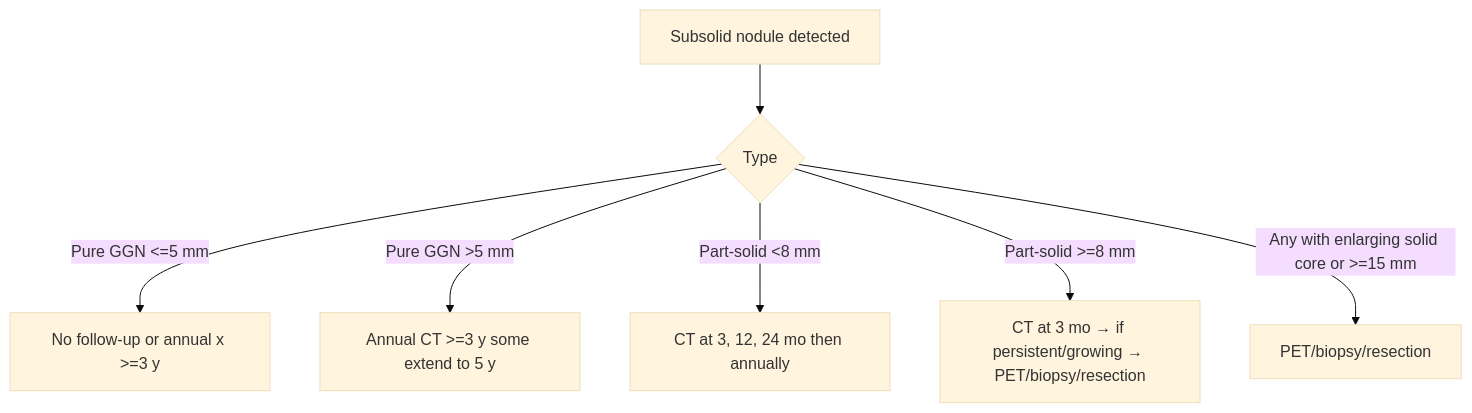
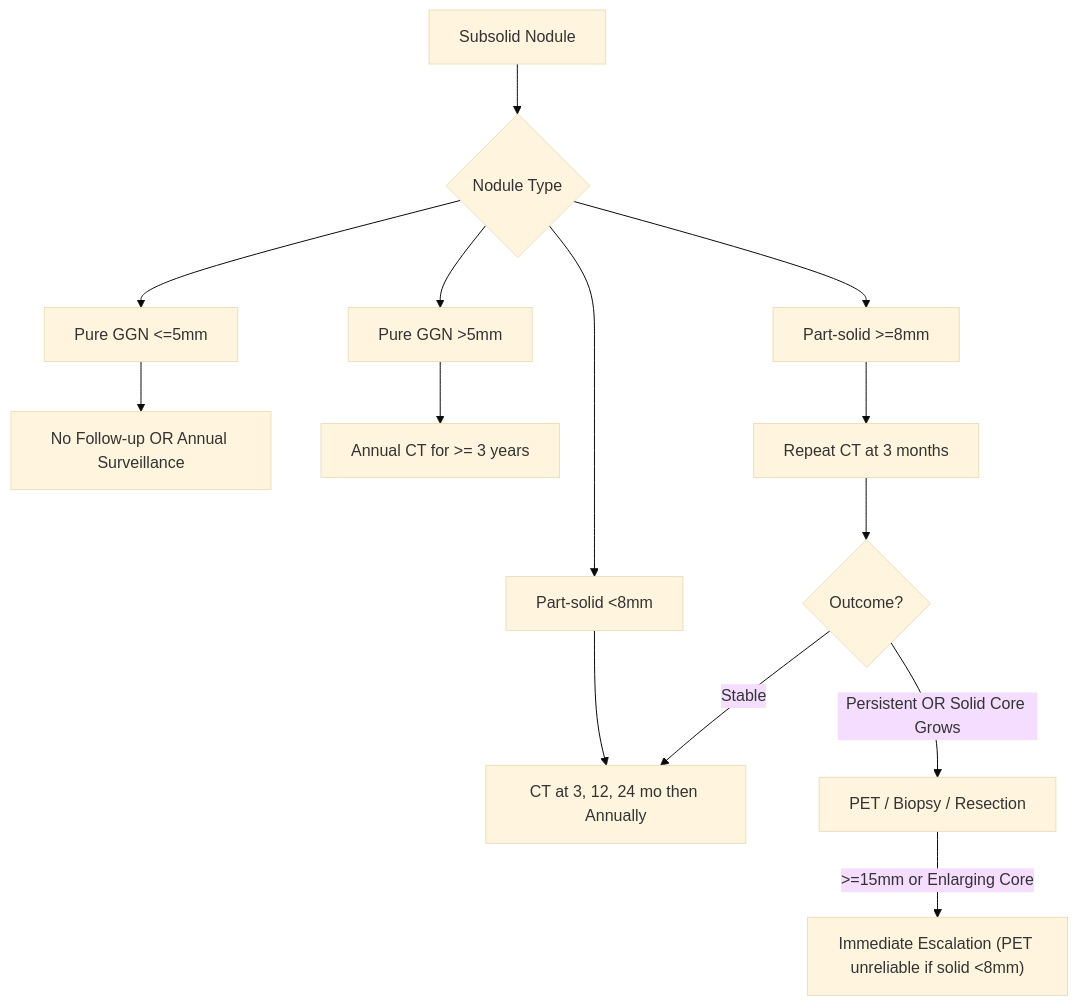
Before and after one commit to russellmiller49/Interventional-Pulm-Education-Project: the second of 2 diagrams in content/modules/board/diagnostic-approach-to-pulmonary-nodules.mdx, drawn with Mermaid (base theme). The commit also changed other lines of this file and 45 other files, not shown here.

````diff
--- a/content/modules/board/diagnostic-approach-to-pulmonary-nodules.mdx
+++ b/content/modules/board/diagnostic-approach-to-pulmonary-nodules.mdx
@@ -188,9 +172,20 @@
 ```mermaid
-flowchart TD
-A[Subsolid nodule detected] --> B{Type}
-B -->|Pure GGN &lt;=5 mm| C[No follow-up or annual x &gt;=3 y]
-B -->|Pure GGN &gt;5 mm| D[Annual CT &gt;=3 y some extend to 5 y]
-B -->|Part-solid &lt;8 mm| E[CT at 3, 12, 24 mo then annually]
-B -->|Part-solid &gt;=8 mm| F[CT at 3 mo → if persistent/growing → PET/biopsy/resection]
-B -->|Any with enlarging solid core or &gt;=15 mm| G[PET/biopsy/resection]
+graph TD
+    A["Subsolid Nodule"] --> B{Nodule Type}
+
+    B --> C["Pure GGN <=5mm"]
+    B --> D["Pure GGN >5mm"]
+    B --> E["Part-solid <8mm"]
+    B --> F["Part-solid >=8mm"]
+
+    C --> G["No Follow-up OR Annual Surveillance"]
+    D --> H["Annual CT for >= 3 years"]
+    E --> I["CT at 3, 12, 24 mo then Annually"]
+    F --> J["Repeat CT at 3 months"]
+
+    J --> K{Outcome?}
+    K -- "Persistent OR Solid Core Grows" --> L["PET / Biopsy / Resection"]
+    K -- "Stable" --> I
+
+    L -- ">=15mm or Enlarging Core" --> M["Immediate Escalation (PET unreliable if solid <8mm)"]
 ```
````
